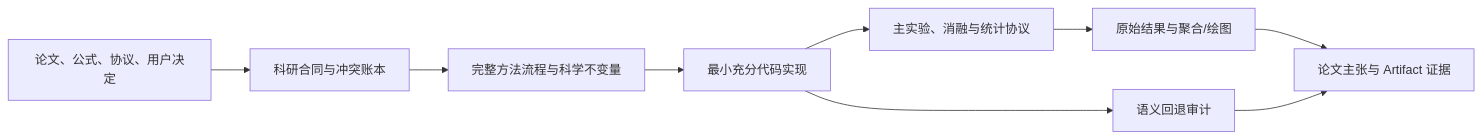
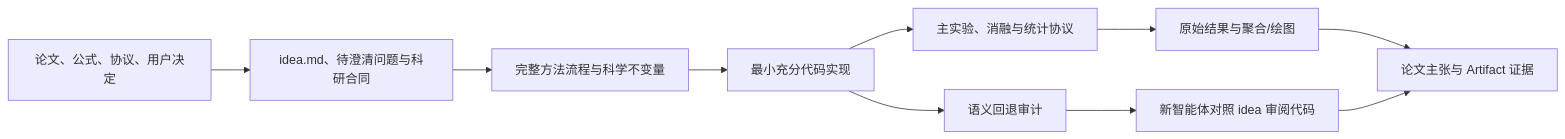
Before and after one commit to Fangzhou-Code/faithful-research-code: the diagram in README.zh-CN.md, drawn with Mermaid. The commit also changed other lines of this file and 2 other files, not shown here.

````diff
--- a/README.zh-CN.md
+++ b/README.zh-CN.md
@@ -55,11 +61,12 @@
 ```mermaid
 flowchart LR
-    A["论文、公式、协议、用户决定"] --> B["科研合同与冲突账本"]
+    A["论文、公式、协议、用户决定"] --> B["idea.md、待澄清问题与科研合同"]
     B --> C["完整方法流程与科学不变量"]
     C --> D["最小充分代码实现"]
     D --> E["主实验、消融与统计协议"]
     E --> F["原始结果与聚合/绘图"]
     F --> G["论文主张与 Artifact 证据"]
     D --> H["语义回退审计"]
-    H --> G
+    H --> R["新智能体对照 idea 审阅代码"]
+    R --> G
 ```
````
